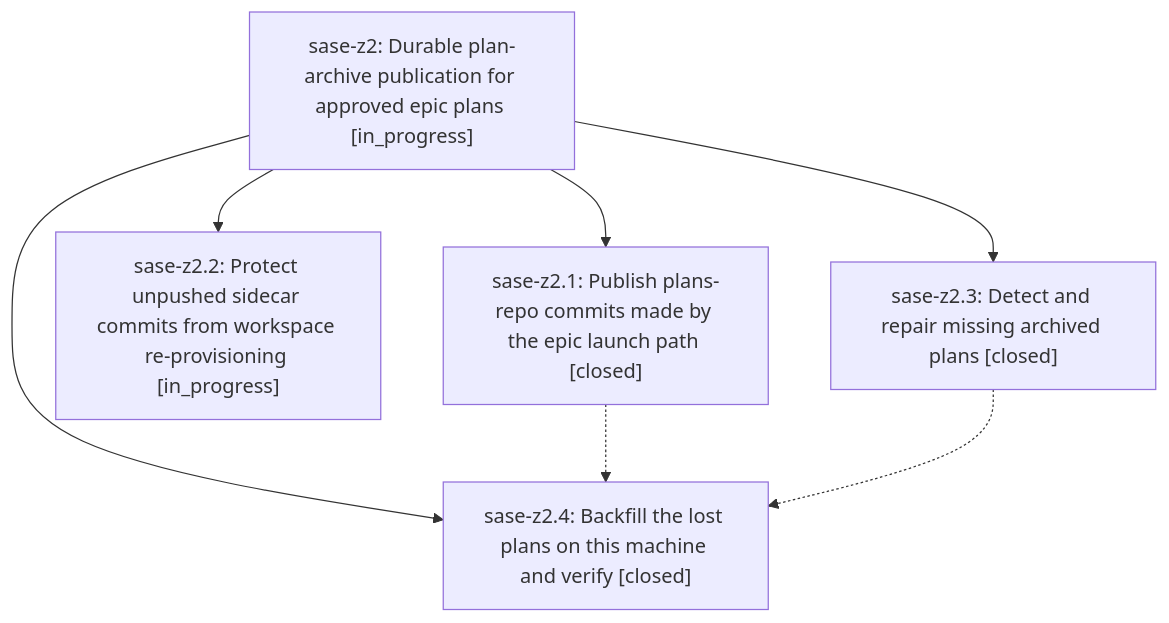
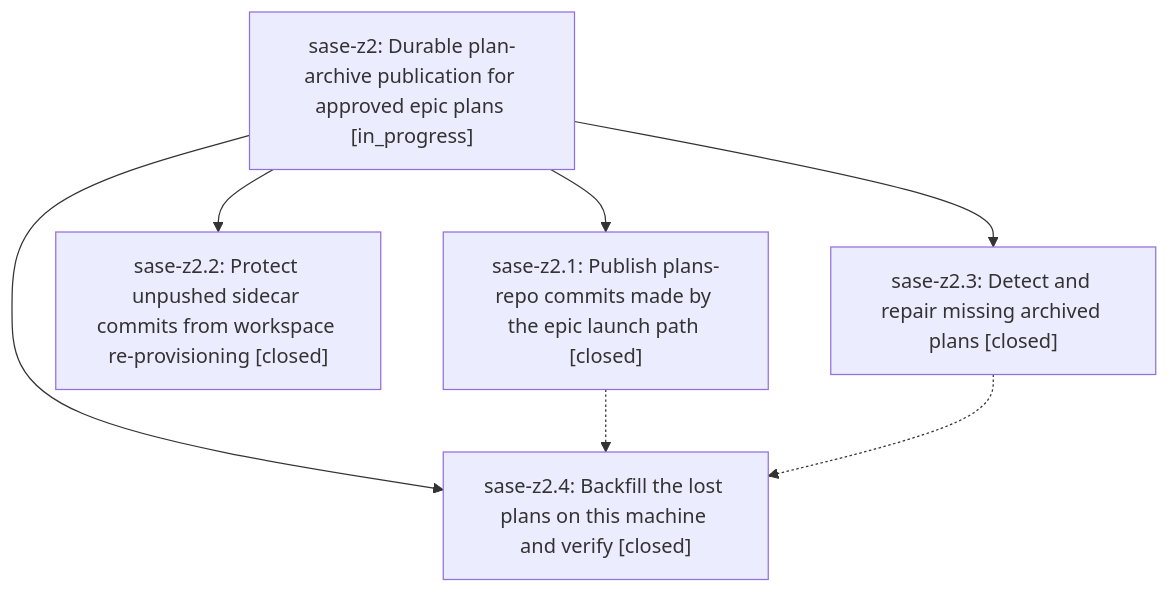
One commit to sase-org/sase--beads changed the diagram in pages/sase-z2/README.md. Above: the diagram before and after it, drawn with Mermaid. The commit also changed other lines of this file and 1 other file, not shown here.

First line of the commit message:
chore(beads): sync bead state and pages for sase-z2

````diff
--- a/pages/sase-z2/README.md
+++ b/pages/sase-z2/README.md
@@ -37,14 +37,14 @@
 ```mermaid
 flowchart TD
     n0["sase-z2: Durable plan-archive publication for approved epic plans [in_progress]"]
     n1["sase-z2.1: Publish plans-repo commits made by the epic launch path [closed]"]
-    n2["sase-z2.2: Protect unpushed sidecar commits from workspace re-provisioning [in_progress]"]
+    n2["sase-z2.2: Protect unpushed sidecar commits from workspace re-provisioning [closed]"]
     n3["sase-z2.3: Detect and repair missing archived plans [closed]"]
     n4["sase-z2.4: Backfill the lost plans on this machine and verify [closed]"]
     n0 --> n1
     n0 --> n2
     n0 --> n3
     n0 --> n4
     n1 -.-> n4
     n3 -.-> n4
 ```
````
